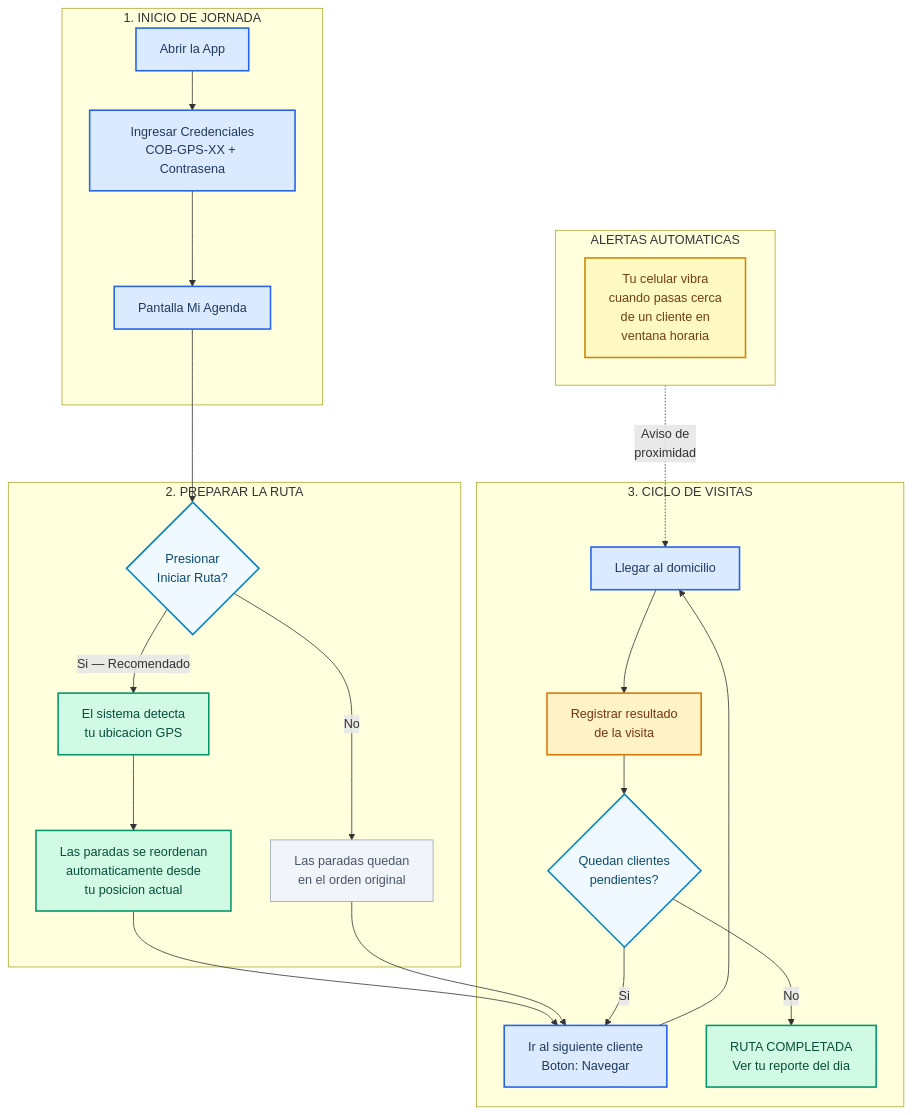
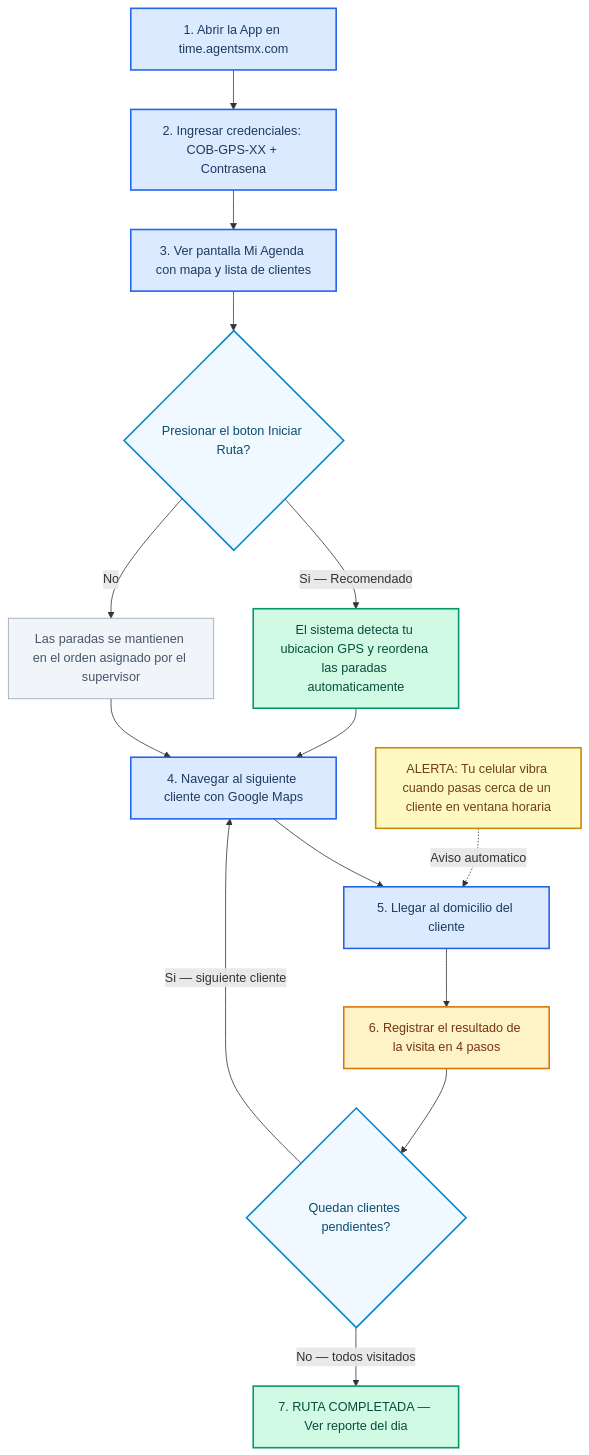
The first of 2 diagrams in docs/guia-usuario/manual-pwa.md (multiagents-fer/gps-platform-docs), drawn with Mermaid before and after one commit. The commit also changed other lines of this file and 1 other file, not shown here.

Commit message:
fix(docs): redesign Mermaid diagrams — full text in nodes, no truncation
All flow diagrams rewritten with complete text in each node instead
of line breaks that caused text truncation. Removed subgraphs that
constrained node sizes. Supervisor manual split into 3 focused diagrams.

````diff
--- a/docs/guia-usuario/manual-pwa.md
+++ b/docs/guia-usuario/manual-pwa.md
@@ -7,38 +7,25 @@
 ```mermaid
 flowchart TD
-    subgraph INICIO["1. INICIO DE JORNADA"]
-        A["Abrir la App"]:::blue --> B["Ingresar Credenciales\nCOB-GPS-XX + Contrasena"]:::blue
-        B --> C["Pantalla Mi Agenda"]:::blue
-    end
+    A["1. Abrir la App en time.agentsmx.com"]:::blue
+    A --> B["2. Ingresar credenciales: COB-GPS-XX + Contrasena"]:::blue
+    B --> C["3. Ver pantalla Mi Agenda con mapa y lista de clientes"]:::blue
+    C --> D{"Presionar el boton Iniciar Ruta?"}:::decision
+    D -->|"Si — Recomendado"| E["El sistema detecta tu ubicacion GPS y reordena las paradas automaticamente"]:::green
+    D -->|"No"| G["Las paradas se mantienen en el orden asignado por el supervisor"]:::gray
+    E --> H["4. Navegar al siguiente cliente con Google Maps"]:::blue
+    G --> H
+    H --> I["5. Llegar al domicilio del cliente"]:::blue
+    I --> J["6. Registrar el resultado de la visita en 4 pasos"]:::amber
+    J --> K{"Quedan clientes pendientes?"}:::decision
+    K -->|"Si — siguiente cliente"| H
+    K -->|"No — todos visitados"| L["7. RUTA COMPLETADA — Ver reporte del dia"]:::green
 
-    subgraph RUTA["2. PREPARAR LA RUTA"]
-        C --> D{"Presionar\nIniciar Ruta?"}:::decision
-        D -->|"Si — Recomendado"| E["El sistema detecta\ntu ubicacion GPS"]:::green
-        E --> F["Las paradas se reordenan\nautomaticamente desde\ntu posicion actual"]:::green
-        D -->|"No"| G["Las paradas quedan\nen el orden original"]:::gray
-    end
-
-    subgraph CICLO["3. CICLO DE VISITAS"]
-        F --> H["Ir al siguiente cliente\nBoton: Navegar"]:::blue
-        G --> H
-        H --> I["Llegar al domicilio"]:::blue
-        I --> J["Registrar resultado\nde la visita"]:::amber
-        J --> K{"Quedan clientes\npendientes?"}:::decision
-        K -->|"Si"| H
-        K -->|"No"| L["RUTA COMPLETADA\nVer tu reporte del dia"]:::green
-    end
-
-    subgraph ALERTAS["ALERTAS AUTOMATICAS"]
-        direction LR
-        M["Tu celular vibra\ncuando pasas cerca\nde un cliente en\nventana horaria"]:::alert
-    end
-
-    M -.->|"Aviso de\nproximidad"| I
+    M["ALERTA: Tu celular vibra cuando pasas cerca de un cliente en ventana horaria"]:::alert -.->|"Aviso automatico"| I
 
     classDef blue fill:#dbeafe,stroke:#2563eb,stroke-width:2px,color:#1e3a5f
     classDef green fill:#d1fae5,stroke:#059669,stroke-width:2px,color:#064e3b
     classDef amber fill:#fef3c7,stroke:#d97706,stroke-width:2px,color:#78350f
     classDef gray fill:#f1f5f9,stroke:#94a3b8,stroke-width:1px,color:#475569
     classDef alert fill:#fef9c3,stroke:#ca8a04,stroke-width:2px,color:#713f12
     classDef decision fill:#f0f9ff,stroke:#0284c7,stroke-width:2px,color:#0c4a6e
 ```
````
